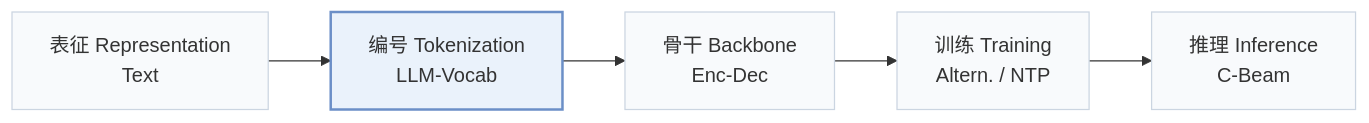
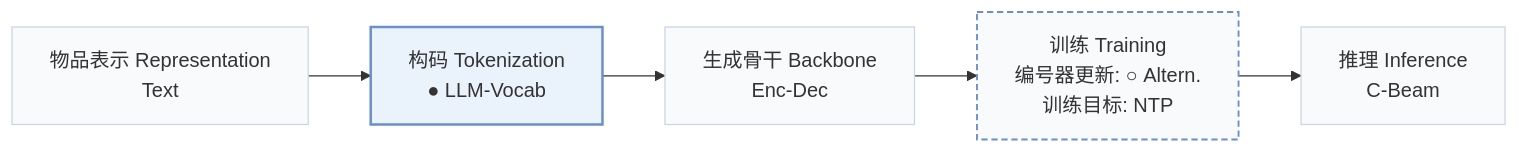
The first of 3 diagrams in pages/zh/papers/idgenrec.md (Galaxy-ghost/Awesome-SID-Generative-Rec), drawn with Mermaid before and after one commit. The commit also changed other lines of this file and 558 other files, not shown here.

````diff
--- a/pages/zh/papers/idgenrec.md
+++ b/pages/zh/papers/idgenrec.md
@@ -15,8 +19,10 @@
 ```mermaid
 flowchart LR
-    R["表征 Representation<br/>Text"] --> T["编号 Tokenization<br/>LLM-Vocab"] --> B["骨干 Backbone<br/>Enc-Dec"] --> TR["训练 Training<br/>Altern. / NTP"] --> I["推理 Inference<br/>C-Beam"]
+    R["物品表示 Representation<br/>Text"] --> T["构码 Tokenization<br/>● LLM-Vocab"] --> B["生成骨干 Backbone<br/>Enc-Dec"] --> TR["训练 Training<br/>编号器更新: ○ Altern.<br/>训练目标: NTP"] --> I["推理 Inference<br/>C-Beam"]
     classDef base fill:#f8fafc,stroke:#cbd5e1
     class R,T,B,TR,I base
+    classDef other fill:#f8fafc,stroke:#6b8fc7,stroke-width:1.5px,stroke-dasharray:5 3
+    class TR other
     classDef main fill:#eaf2fb,stroke:#6b8fc7,stroke-width:2px
     class T main
 ```
````
